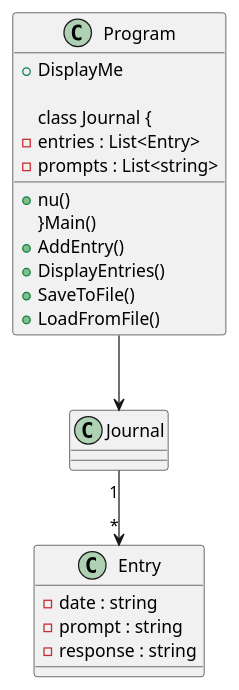
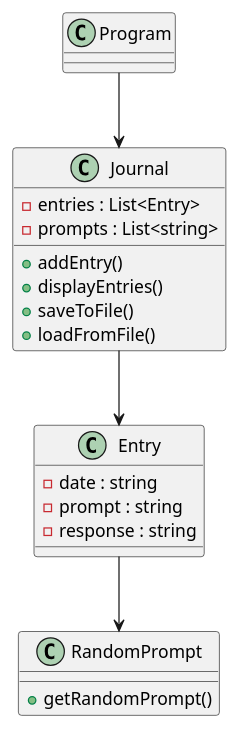
One commit to jamesbaxter4/cse210-hw changed the diagram in prove/Develop02/journal.puml. Above: the diagram before and after it, drawn with PlantUML. The commit also changed 3 other files, not shown here.

```diff
--- a/prove/Develop02/journal.puml
+++ b/prove/Develop02/journal.puml
@@ -1,29 +1,30 @@
 @startuml journal
 
-class Program 
+class Journal 
 {
-    + nu()
-    }Main()
-    + DisplayMe
-
-class Journal {
     - entries : List<Entry>
     - prompts : List<string>
 
-    + AddEntry()
-    + DisplayEntries()
-    + SaveToFile()
-    + LoadFromFile()
+    + addEntry()
+    + displayEntries()
+    + saveToFile()
+    + loadFromFile()
 }
 
 class Entry
 {
     - date : string
     - prompt : string
     - response : string
 }
 
+class RandomPrompt
+{
+    + getRandomPrompt()
+}
+
 Program --> Journal
-Journal "1" --> "*" Entry
+Journal --> Entry
+Entry --> RandomPrompt
 
 @enduml
```
